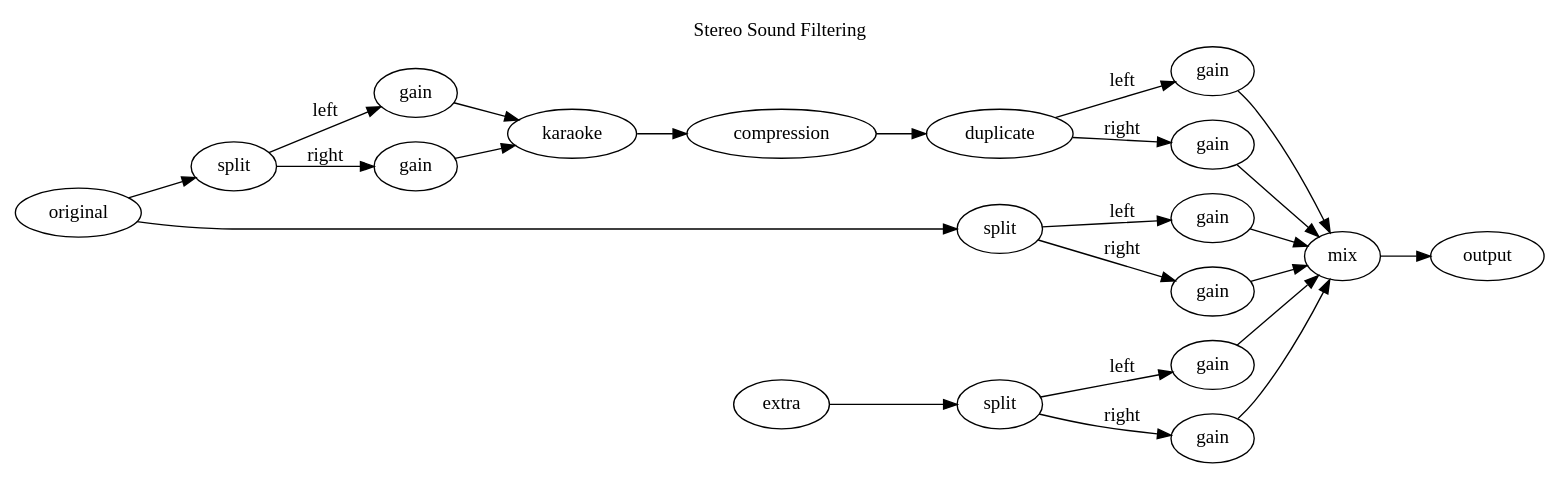
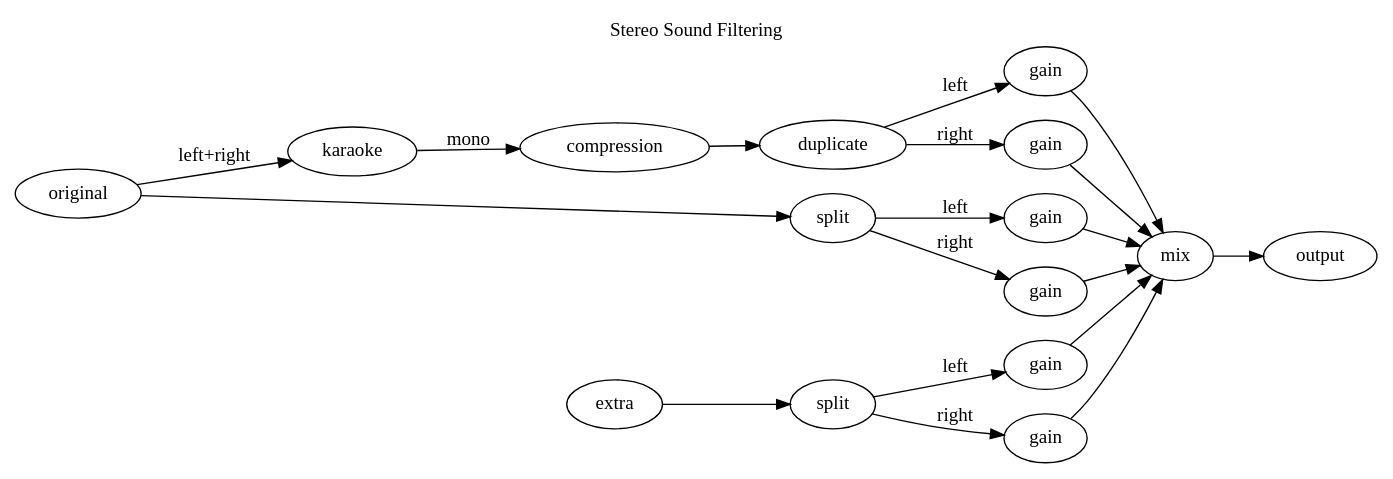
One commit to joeyparrish/upfish changed the diagram in filter-graph-stereo.gv. Above: the diagram before and after it, drawn with Graphviz. The commit also changed 4 other files, not shown here.

```diff
--- a/filter-graph-stereo.gv
+++ b/filter-graph-stereo.gv
@@ -1,54 +1,44 @@
 digraph {
   label = "Stereo Sound Filtering"
   labelloc = "t"
   rankdir = "LR"
 
-  original -> split;
+  original -> karaoke [label="left+right"];
+  karaoke -> compression [label="mono"];
 
   gain0 [label="gain"];
   gain1 [label="gain"];
 
-  split -> gain0 [label="left"];
-  split -> gain1 [label="right"];
+  compression -> duplicate;
+  duplicate -> gain0 [label="left"];
+  duplicate -> gain1 [label="right"];
 
-  gain0 -> karaoke;
-  gain1 -> karaoke;
+  gain0 -> mix;
+  gain1 -> mix;
 
-  karaoke -> compression;
+  split2 [label="split"];
+  original -> split2;
 
   gain2 [label="gain"];
   gain3 [label="gain"];
 
-  compression -> duplicate;
-  duplicate -> gain2 [label="left"];
-  duplicate -> gain3 [label="right"];
+  split2 -> gain2 [label="left"];
+  split2 -> gain3 [label="right"];
 
   gain2 -> mix;
   gain3 -> mix;
 
-  split2 [label="split"];
-  original -> split2;
+  split3 [label="split"];
+  extra -> split3;
 
   gain4 [label="gain"];
   gain5 [label="gain"];
 
-  split2 -> gain4 [label="left"];
-  split2 -> gain5 [label="right"];
+  split3 -> gain4 [label="left"];
+  split3 -> gain5 [label="right"];
 
   gain4 -> mix;
   gain5 -> mix;
 
-  split3 [label="split"];
-  extra -> split3;
-
-  gain6 [label="gain"];
-  gain7 [label="gain"];
-
-  split3 -> gain6 [label="left"];
-  split3 -> gain7 [label="right"];
-
-  gain6 -> mix;
-  gain7 -> mix;
-
   mix -> output;
 }
```
